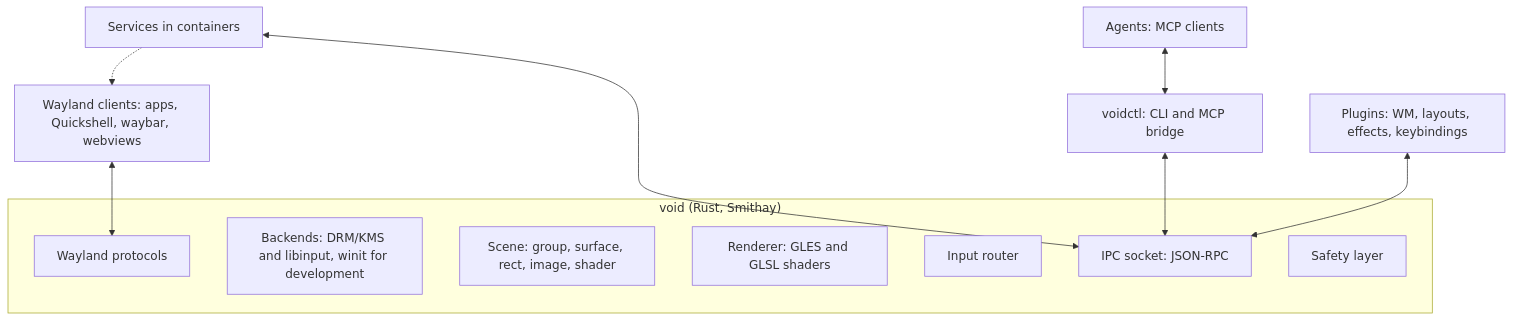
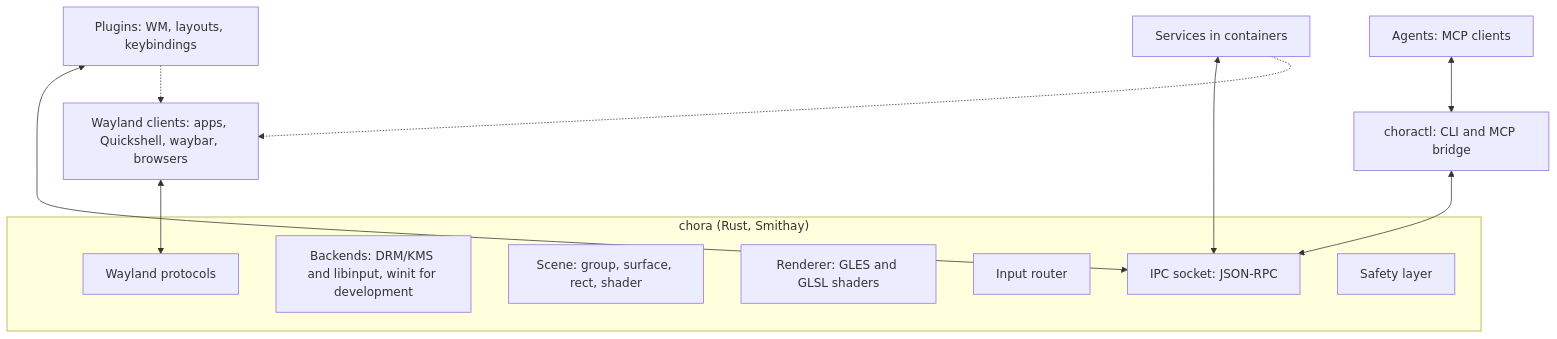
One commit to MArpogaus/chora changed the first of 2 diagrams in docs/architecture.md. Above: the diagram before and after it, drawn with Mermaid. The commit also changed other lines of this file and 11 other files, not shown here.

````diff
--- a/docs/architecture.md
+++ b/docs/architecture.md
@@ -10,18 +9,19 @@
 ```mermaid
 flowchart TB
-    subgraph core["void (Rust, Smithay)"]
+    subgraph core["chora (Rust, Smithay)"]
         protocols["Wayland protocols"]
         backends["Backends: DRM/KMS and libinput, winit for development"]
-        scene["Scene: group, surface, rect, image, shader"]
+        scene["Scene: group, surface, rect, shader"]
         render["Renderer: GLES and GLSL shaders"]
         input["Input router"]
         ipc["IPC socket: JSON-RPC"]
         safety["Safety layer"]
     end
-    clients["Wayland clients: apps, Quickshell, waybar, webviews"] <--> protocols
-    plugins["Plugins: WM, layouts, effects, keybindings"] <--> ipc
-    voidctl["voidctl: CLI and MCP bridge"] <--> ipc
+    clients["Wayland clients: apps, Quickshell, waybar, browsers"] <--> protocols
+    plugins["Plugins: WM, layouts, keybindings"] <--> ipc
+    choractl["choractl: CLI and MCP bridge"] <--> ipc
     services["Services in containers"] <--> ipc
-    agents["Agents: MCP clients"] <--> voidctl
+    agents["Agents: MCP clients"] <--> choractl
     services -.-> clients
+    plugins -.-> clients
 ```
````
